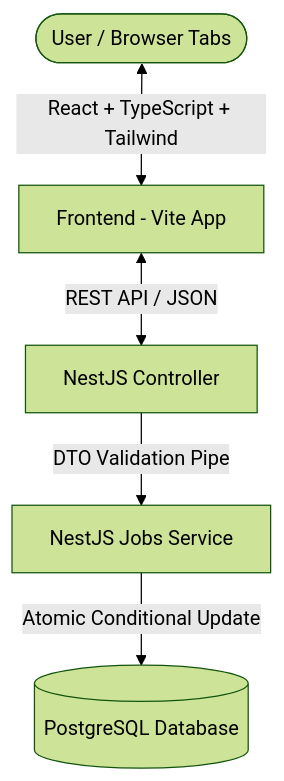
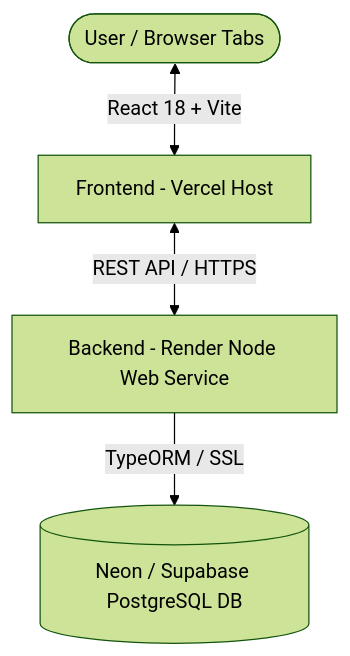
The first of 2 diagrams in README.md (PushpendarSingh23/-mini-job-queue-dashboard), drawn with Mermaid (forest theme) before and after one commit. The commit also changed other lines of this file and 1 other file, not shown here.

Commit message:
chore: Configure Neon PostgreSQL & Render/Vercel deployment setup

````diff
--- a/README.md
+++ b/README.md
@@ -13,7 +13,6 @@
 ```mermaid
 graph TD
-    User([User / Browser Tabs]) <-->|React + TypeScript + Tailwind| Frontend[Frontend - Vite App]
-    Frontend <-->|REST API / JSON| Controller[NestJS Controller]
-    Controller -->|DTO Validation Pipe| Service[NestJS Jobs Service]
-    Service -->|Atomic Conditional Update| DB[(PostgreSQL Database)]
+    User([User / Browser Tabs]) <-->|React 18 + Vite| Vercel[Frontend - Vercel Host]
+    Vercel <-->|REST API / HTTPS| Render[Backend - Render Node Web Service]
+    Render -->|TypeORM / SSL| Neon[(Neon / Supabase PostgreSQL DB)]
 ```
````
